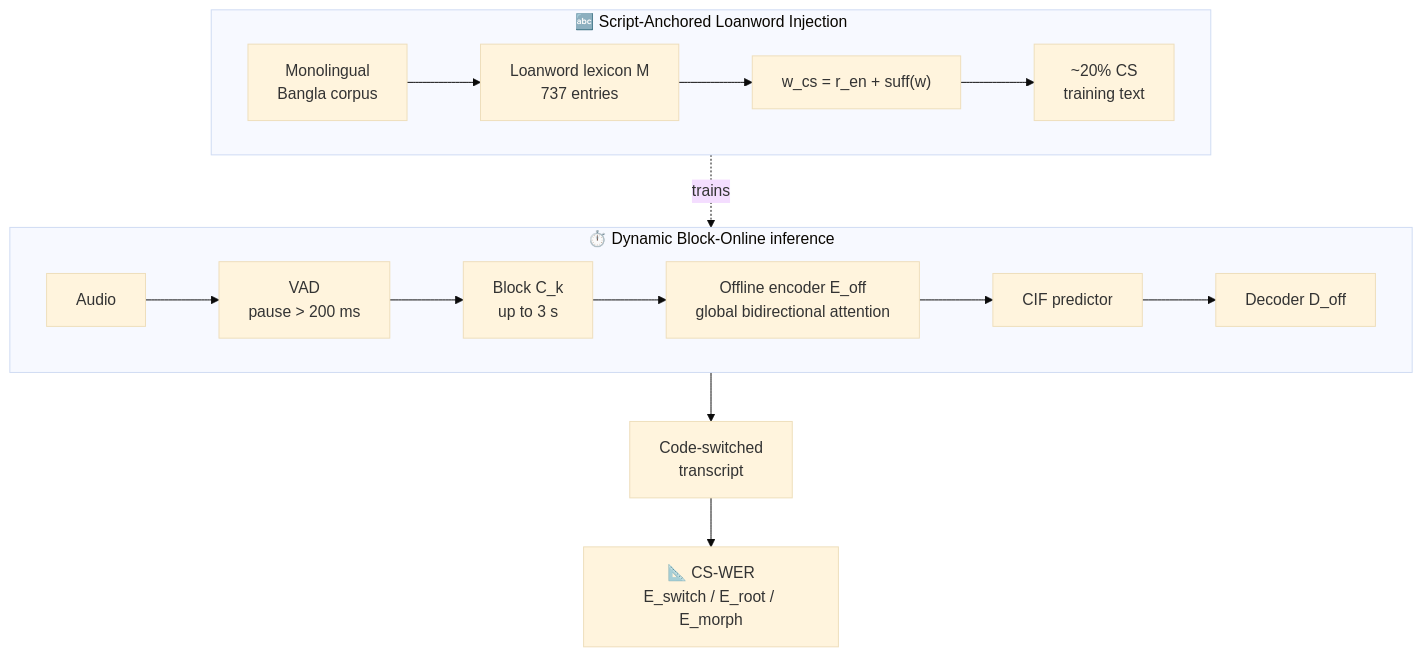
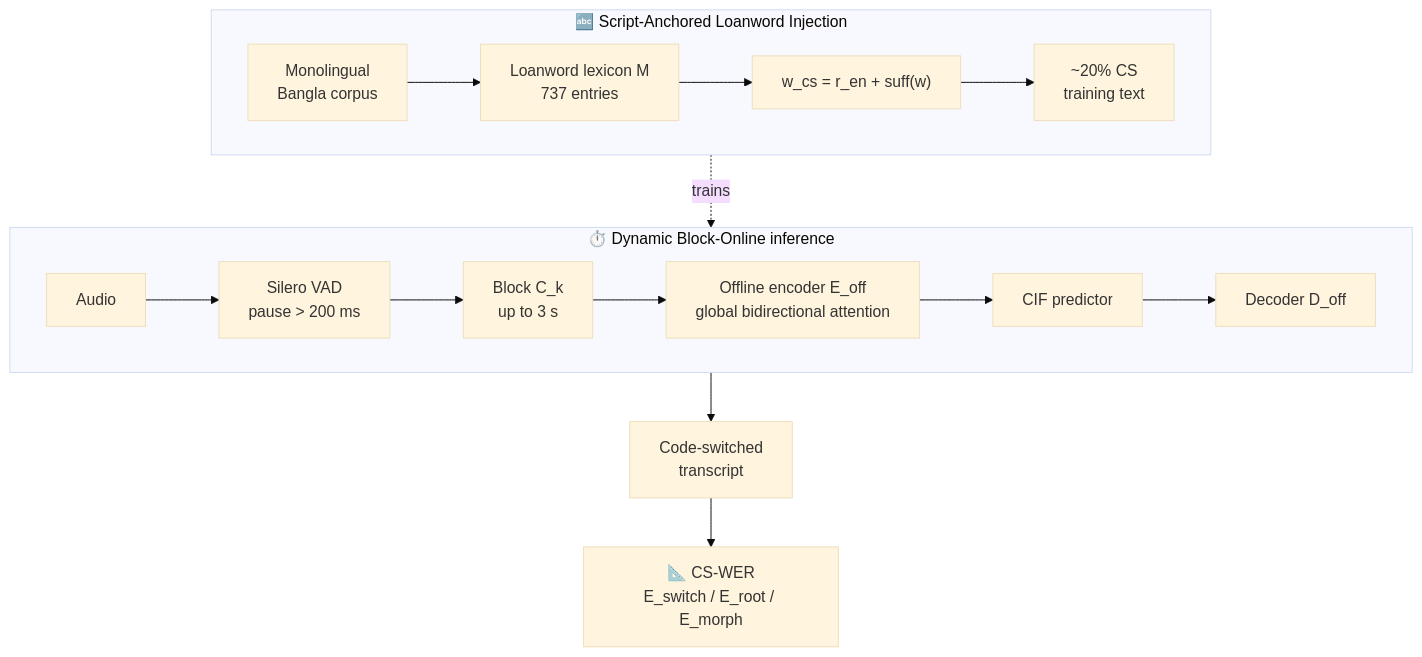
Before and after one commit to King-Rafat/Dynamic_Streaming_ASR: the diagram in README.md, drawn with Mermaid (base theme). The commit also changed other lines of this file and 4 other files, not shown here.

````diff
--- a/README.md
+++ b/README.md
@@ -116,22 +116,22 @@
 ```mermaid
 flowchart TB
     subgraph TEXT ["🔤 Script-Anchored Loanword Injection"]
         direction LR
         A[Monolingual<br>Bangla corpus] --> B[Loanword lexicon M<br>737 entries]
         B --> C["w_cs = r_en + suff(w)"]
         C --> D[~20% CS<br>training text]
     end
 
     subgraph AUDIO ["⏱️ Dynamic Block-Online inference"]
         direction LR
-        E[Audio] --> F[VAD<br>pause > 200 ms]
+        E[Audio] --> F[Silero VAD<br>pause > 200 ms]
         F --> G[Block C_k<br>up to 3 s]
         G --> H[Offline encoder E_off<br>global bidirectional attention]
         H --> I[CIF predictor]
         I --> J[Decoder D_off]
     end
 
     D -.trains.-> H
     J --> K[Code-switched<br>transcript]
     K --> L["📐 CS-WER<br>E_switch / E_root / E_morph"]
 ```
````
